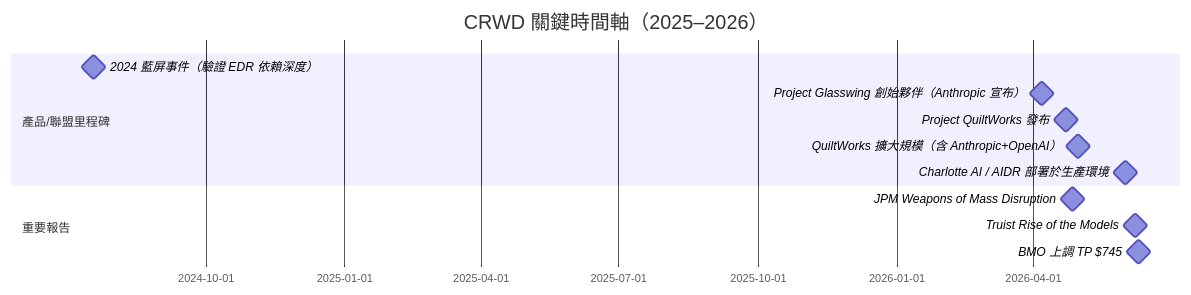
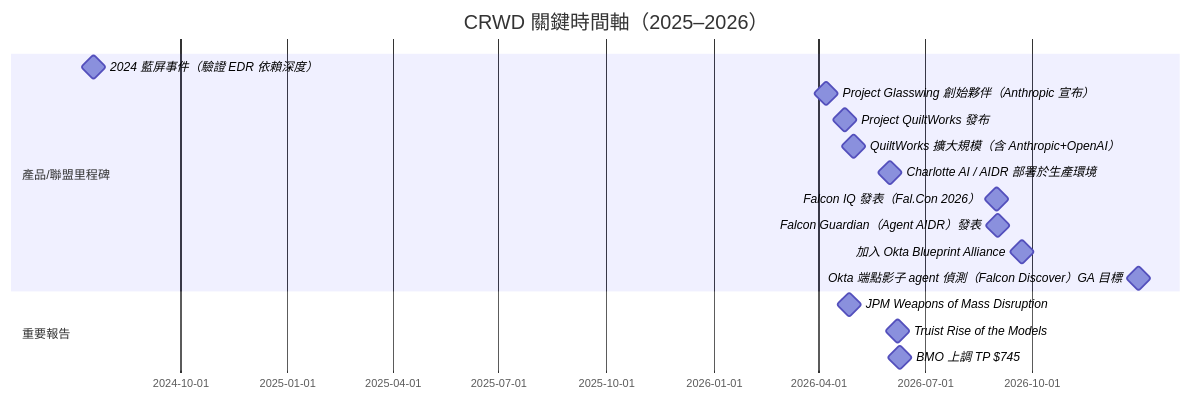
The diagram in content/lib/1.company/Overseas/CRWD.US(crowdstrike).md (kevn950324/wiki_Stockv2), drawn with Mermaid before and after one commit. The commit also changed other lines of this file and 14 other files, not shown here.

````diff
--- a/content/lib/1.company/Overseas/CRWD.US(crowdstrike).md
+++ b/content/lib/1.company/Overseas/CRWD.US(crowdstrike).md
@@ -143,15 +164,19 @@
 ```mermaid
 gantt
     title CRWD 關鍵時間軸（2025–2026）
     dateFormat YYYY-MM-DD
     section 產品/聯盟里程碑
     2024 藍屏事件（驗證 EDR 依賴深度）  :milestone, 2024-07-19, 0d
     Project Glasswing 創始夥伴（Anthropic 宣布） :milestone, 2026-04-07, 0d
     Project QuiltWorks 發布 :milestone, 2026-04-23, 0d
     QuiltWorks 擴大規模（含 Anthropic+OpenAI）  :milestone, 2026-05-01, 0d
     Charlotte AI / AIDR 部署於生產環境  :milestone, 2026-06-01, 0d
+    Falcon IQ 發表（Fal.Con 2026） :milestone, 2026-08-31, 0d
+    Falcon Guardian（Agent AIDR）發表 :milestone, 2026-09-01, 0d
+    加入 Okta Blueprint Alliance :milestone, 2026-09-22, 0d
+    Okta 端點影子 agent 偵測（Falcon Discover）GA 目標 :milestone, 2026-12-31, 0d
     section 重要報告
     JPM Weapons of Mass Disruption :milestone, 2026-04-27, 0d
     Truist Rise of the Models :milestone, 2026-06-08, 0d
     BMO 上調 TP $745 :milestone, 2026-06-10, 0d
 ```
````
